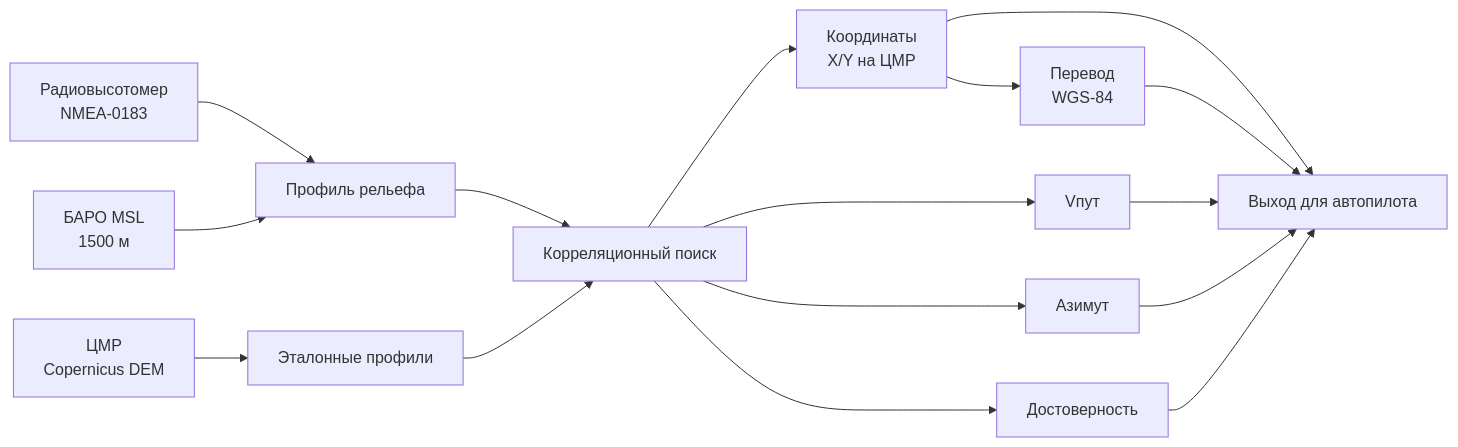
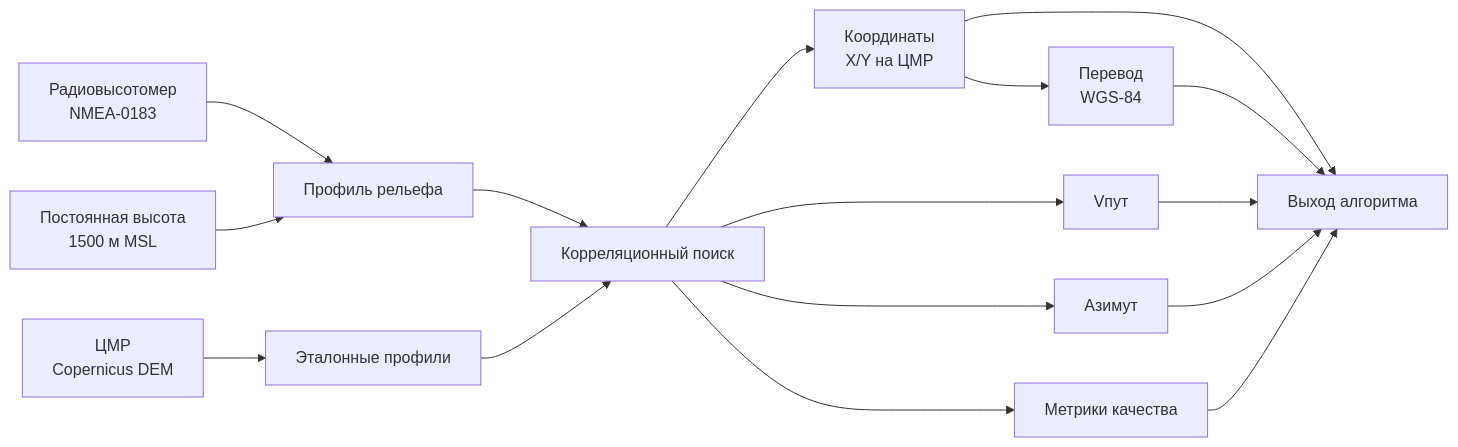
The first of 3 diagrams in README.md (rub1kub/where-are-we-barista), drawn with Mermaid before and after one commit. The commit also changed other lines of this file and 9 other files, not shown here.

````diff
--- a/README.md
+++ b/README.md
@@ -33,18 +41,18 @@
 ```mermaid
 flowchart LR
     A["Радиовысотомер<br/>NMEA-0183"] --> C["Профиль рельефа"]
-    B["БАРО MSL<br/>1500 м"] --> C
+    B["Постоянная высота<br/>1500 м MSL"] --> C
     D["ЦМР<br/>Copernicus DEM"] --> E["Эталонные профили"]
     C --> F["Корреляционный поиск"]
     E --> F
     F --> G["Координаты<br/>X/Y на ЦМР"]
     G --> L["Перевод<br/>WGS-84"]
     F --> H["Vпут"]
     F --> I["Азимут"]
-    F --> J["Достоверность"]
-    G --> K["Выход для автопилота"]
+    F --> J["Метрики качества"]
+    G --> K["Выход алгоритма"]
     L --> K
     H --> K
     I --> K
     J --> K
 ```
````
